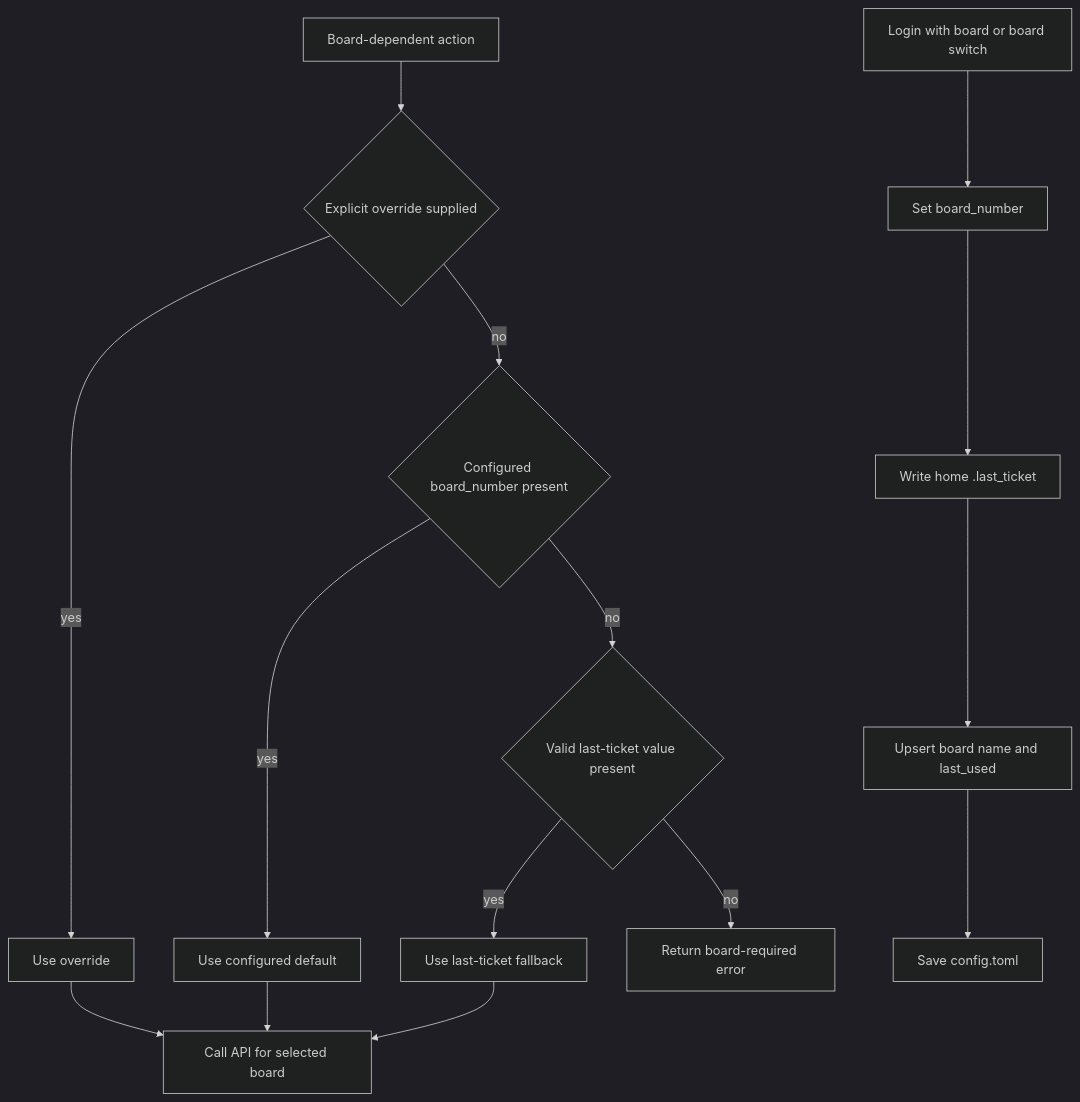
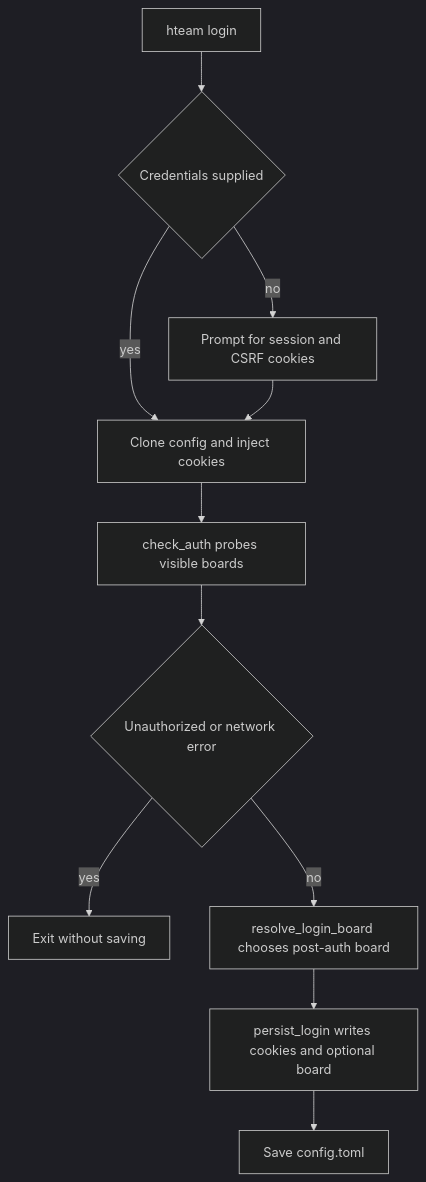
The diagram in openwiki/concepts/session-configuration.md (4DRIAN0RTIZ/hteam-cli), drawn with Mermaid (dark theme) before and after one commit. The commit also changed other lines of this file and 26 other files, not shown here.

First line of the commit message:
docs(openwiki): refresh login probe and CLI session docs

````diff
--- a/openwiki/concepts/session-configuration.md
+++ b/openwiki/concepts/session-configuration.md
@@ -80,17 +74,13 @@
 ```mermaid
 flowchart TD
-    Start["Board-dependent action"] --> Override{"Explicit override supplied"}
-    Override -- "yes" --> UseOverride["Use override"]
-    Override -- "no" --> Default{"Configured board_number present"}
-    Default -- "yes" --> UseDefault["Use configured default"]
-    Default -- "no" --> Last{"Valid last-ticket value present"}
-    Last -- "yes" --> UseLast["Use last-ticket fallback"]
-    Last -- "no" --> Missing["Return board-required error"]
-    UseOverride --> Request["Call API for selected board"]
-    UseDefault --> Request
-    UseLast --> Request
-    Switch["Login with board or board switch"] --> SetDefault["Set board_number"]
-    SetDefault --> SaveTicket["Write home .last_ticket"]
-    SaveTicket --> UpdateBoards["Upsert board name and last_used"]
-    UpdateBoards --> SaveConfig["Save config.toml"]
+    Start["hteam login"] --> Prompt{"Credentials supplied"}
+    Prompt -- "no" --> Ask["Prompt for session and CSRF cookies"]
+    Prompt -- "yes" --> ProbeConfig["Clone config and inject cookies"]
+    Ask --> ProbeConfig
+    ProbeConfig --> CheckAuth["check_auth probes visible boards"]
+    CheckAuth --> Unauthorized{"Unauthorized or network error"}
+    Unauthorized -- "yes" --> Fail["Exit without saving"]
+    Unauthorized -- "no" --> Resolve["resolve_login_board chooses post-auth board"]
+    Resolve --> Persist["persist_login writes cookies and optional board"]
+    Persist --> Save["Save config.toml"]
 ```
````
